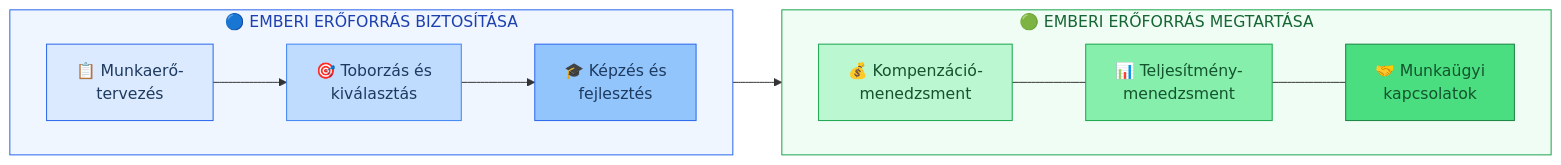
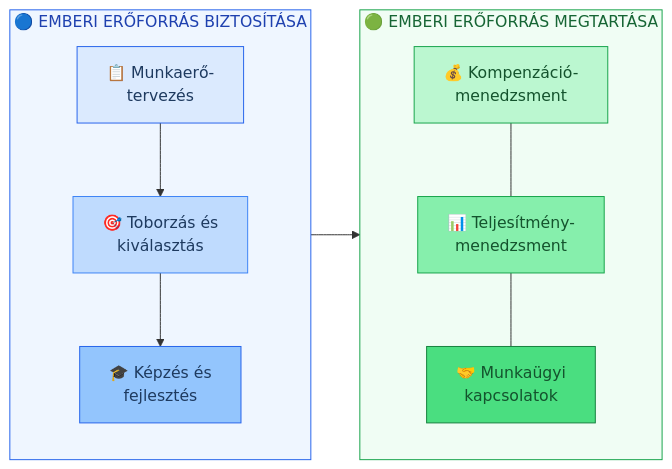
One commit to denespocsik/MM_BSC_Zarovizsga changed the diagram in Tételek/K08-GMXHR1MBLF-HRM fogalma, céljai, fő funkciói, HR stratégia.tétel.md. Above: the diagram before and after it, drawn with Mermaid.

Commit message:
Update K08-GMXHR1MBLF-HRM fogalma, céljai, fő funkciói, HR stratégia.tétel.md

````diff
--- a/Tételek/K08-GMXHR1MBLF-HRM fogalma, céljai, fő funkciói, HR stratégia.tétel.md
+++ b/Tételek/K08-GMXHR1MBLF-HRM fogalma, céljai, fő funkciói, HR stratégia.tétel.md
@@ -15,21 +15,21 @@
 ```mermaid
 flowchart LR
     subgraph B1["🔵 EMBERI ERŐFORRÁS BIZTOSÍTÁSA"]
-        direction LR
+        direction TD
         A1["📋 Munkaerő-\ntervezés"] --> A2["🎯 Toborzás és\nkiválasztás"] --> A3["🎓 Képzés és\nfejlesztés"]
     end
     subgraph B2["🟢 EMBERI ERŐFORRÁS MEGTARTÁSA"]
-        direction LR
+        direction TD
         A4["💰 Kompenzáció-\nmenedzsment"] --- A5["📊 Teljesítmény-\nmenedzsment"] --- A6["🤝 Munkaügyi\nkapcsolatok"]
     end
     B1 --> B2
 
     style A1 fill:#dbeafe,stroke:#2563eb,color:#1e3a5f
     style A2 fill:#bfdbfe,stroke:#3b82f6,color:#1e3a5f
     style A3 fill:#93c5fd,stroke:#2563eb,color:#1e3a5f
     style A4 fill:#bbf7d0,stroke:#16a34a,color:#14532d
     style A5 fill:#86efac,stroke:#16a34a,color:#14532d
     style A6 fill:#4ade80,stroke:#15803d,color:#14532d
     style B1 fill:#eff6ff,stroke:#2563eb,color:#1e40af
     style B2 fill:#f0fdf4,stroke:#16a34a,color:#166534
 ```
````
